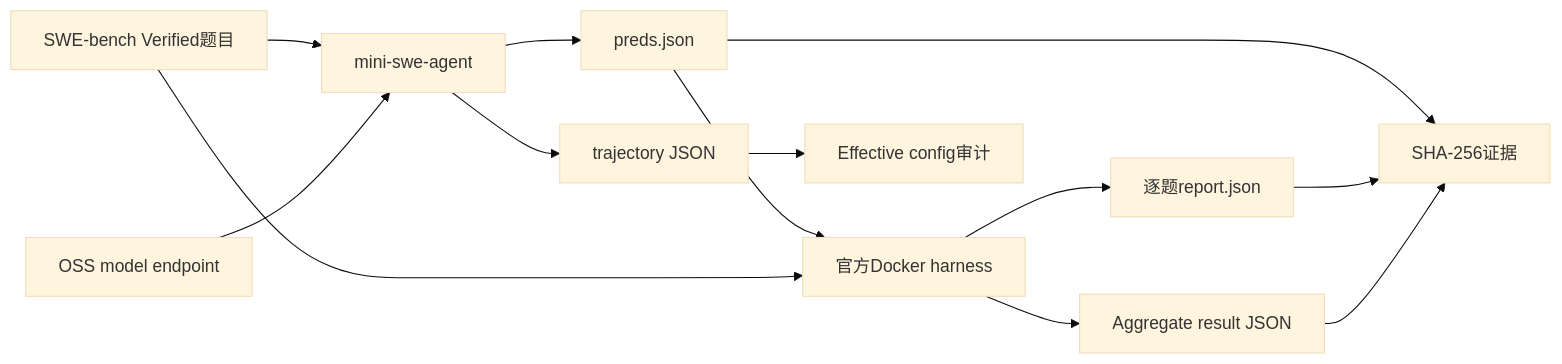
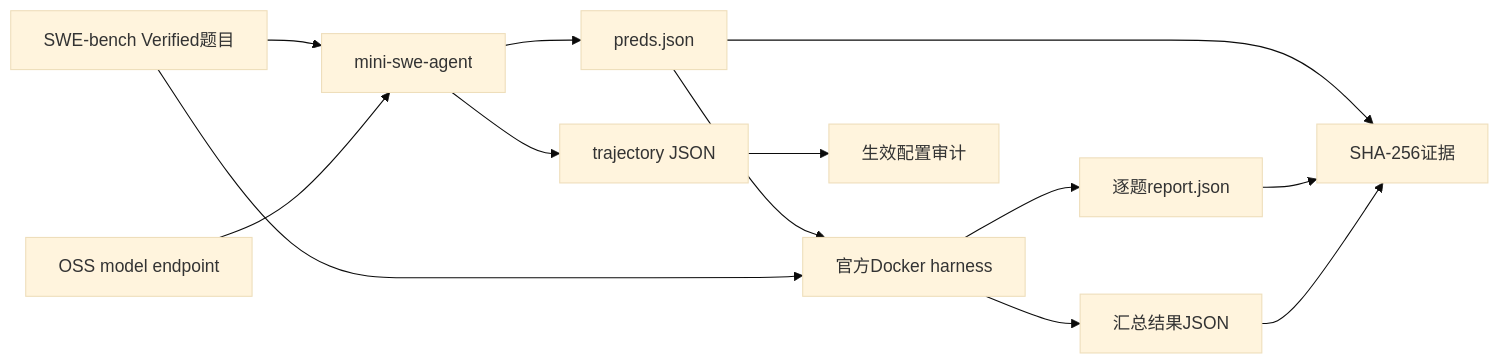
Before and after one commit to david-xinyuwei/david-share: the third of 4 diagrams in Deep-Learning/OSS-Model-SWE-bench-Evaluation-Playbook/README-CN.md, drawn with Mermaid (base theme). The commit also changed other lines of this file and 17 other files, not shown here.

````diff
--- a/Deep-Learning/OSS-Model-SWE-bench-Evaluation-Playbook/README-CN.md
+++ b/Deep-Learning/OSS-Model-SWE-bench-Evaluation-Playbook/README-CN.md
@@ -535,15 +556,15 @@
 ```mermaid
 flowchart LR
     D[SWE-bench Verified题目] --> A[mini-swe-agent]
     M[OSS model endpoint] --> A
     A --> P[preds.json]
     A --> T[trajectory JSON]
     P --> H[官方Docker harness]
     D --> H
     H --> R[逐题report.json]
-    H --> G[Aggregate result JSON]
-    T --> C[Effective config审计]
+    H --> G[汇总结果JSON]
+    T --> C[生效配置审计]
     P --> E[SHA-256证据]
     R --> E
     G --> E
 ```
````
